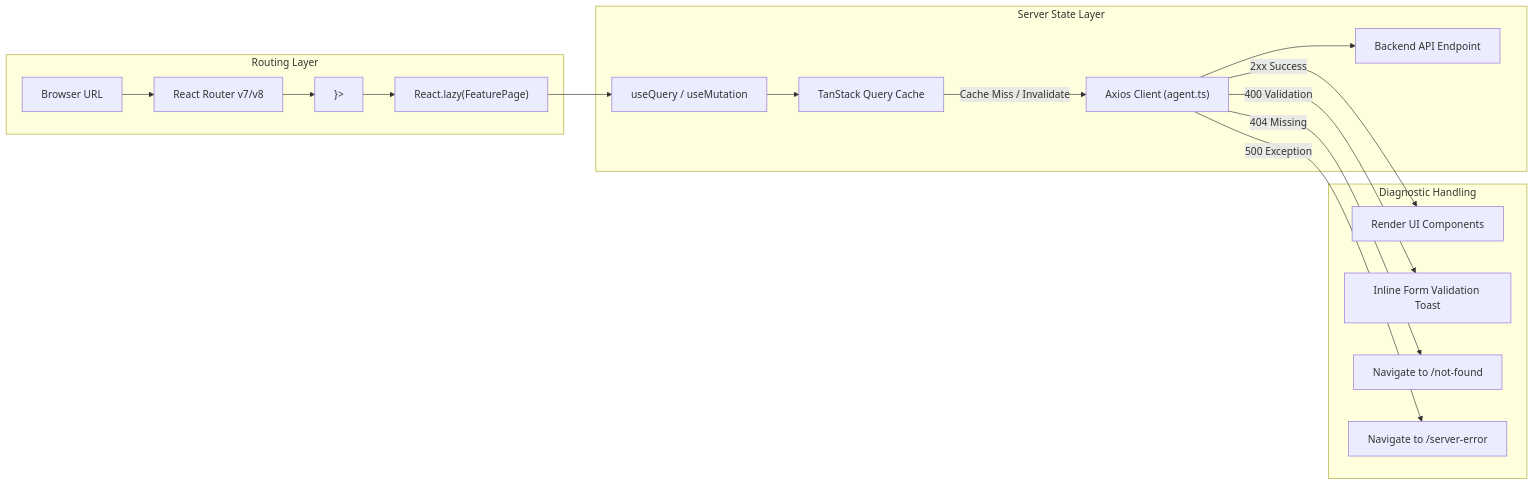
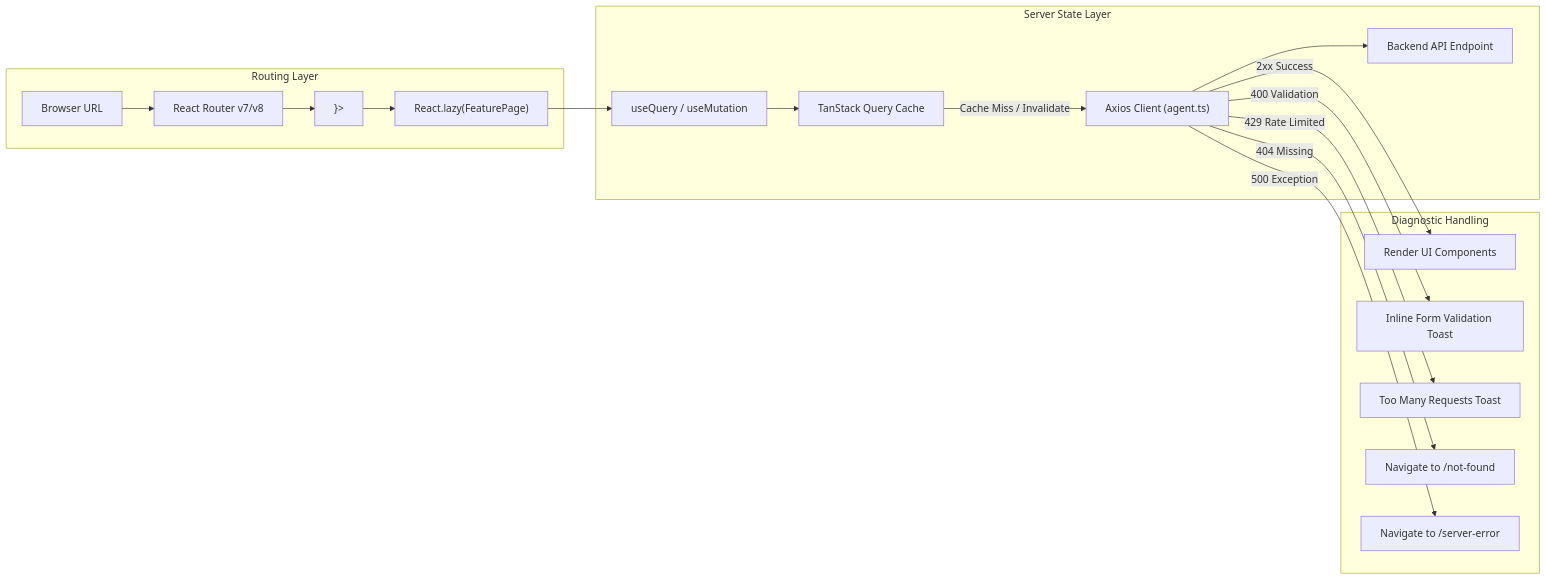
Before and after one commit to ahmed-Basal/Event-Hub: the fifth of 5 diagrams in README.md, drawn with Mermaid. The commit also changed other lines of this file and 7 other files, not shown here.

````diff
--- a/README.md
+++ b/README.md
@@ -187,22 +299,23 @@
 ```mermaid
 graph LR
     subgraph Navigation ["Routing Layer"]
         URL["Browser URL"] --> Router["React Router v7/v8"]
         Router --> Suspense["<Suspense fallback={<Spinner />}>"]
         Suspense --> LazyPage["React.lazy(FeaturePage)"]
     end
 
     subgraph DataFetching ["Server State Layer"]
         LazyPage --> UseQuery["useQuery / useMutation"]
         UseQuery --> Cache["TanStack Query Cache"]
         Cache -->|"Cache Miss / Invalidate"| AxiosAgent["Axios Client (agent.ts)"]
         AxiosAgent --> API["Backend API Endpoint"]
     end
 
     subgraph Feedback ["Diagnostic Handling"]
         AxiosAgent -->|"2xx Success"| UpdateUI["Render UI Components"]
         AxiosAgent -->|"400 Validation"| Toast["Inline Form Validation Toast"]
+        AxiosAgent -->|"429 Rate Limited"| RateToast["Too Many Requests Toast"]
         AxiosAgent -->|"404 Missing"| NotFound["Navigate to /not-found"]
         AxiosAgent -->|"500 Exception"| ServerError["Navigate to /server-error"]
     end
 ```
````
